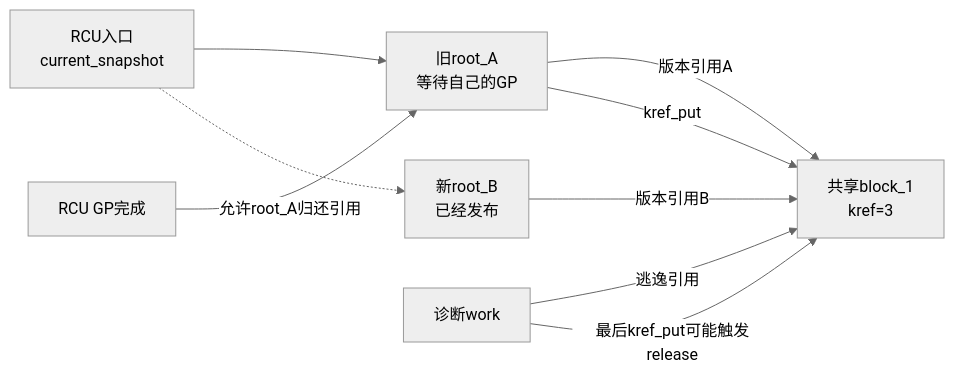
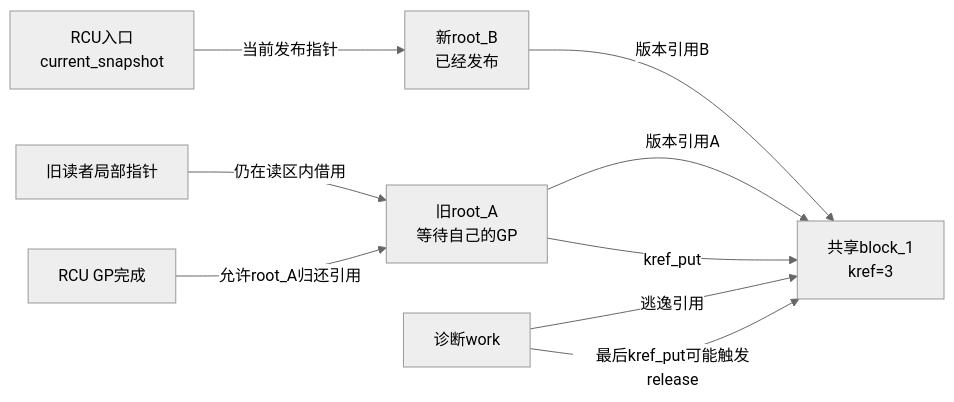
Before and after one commit to FormingSystem/linux_note: the first of 2 diagrams in knowledge/linux/synchronization_and_asynchrony/synchronization/rcu/P21_RCU_kref与复合对象生命周期.md, drawn with Mermaid (neutral theme). The commit also changed other lines of this file and 1 other file, not shown here.

````diff
--- a/knowledge/linux/synchronization_and_asynchrony/synchronization/rcu/P21_RCU_kref与复合对象生命周期.md
+++ b/knowledge/linux/synchronization_and_asynchrony/synchronization/rcu/P21_RCU_kref与复合对象生命周期.md
@@ -20,11 +24,11 @@
 ```mermaid
 flowchart LR
-    Entry["RCU入口<br/>current_snapshot"] --> RootA["旧root_A<br/>等待自己的GP"]
-    Entry -.-> RootB["新root_B<br/>已经发布"]
+    Entry["RCU入口<br/>current_snapshot"] -->|"当前发布指针"| RootB["新root_B<br/>已经发布"]
+    Reader["旧读者局部指针"] -->|"仍在读区内借用"| RootA["旧root_A<br/>等待自己的GP"]
     RootA -->|"版本引用A"| Shared["共享block_1<br/>kref=3"]
     RootB -->|"版本引用B"| Shared
     Worker["诊断work"] -->|"逃逸引用"| Shared
     GP["RCU GP完成"] -->|"允许root_A归还引用"| RootA
     RootA -->|"kref_put"| Shared
     Worker -->|"最后kref_put可能触发release"| Shared
 ```
````
